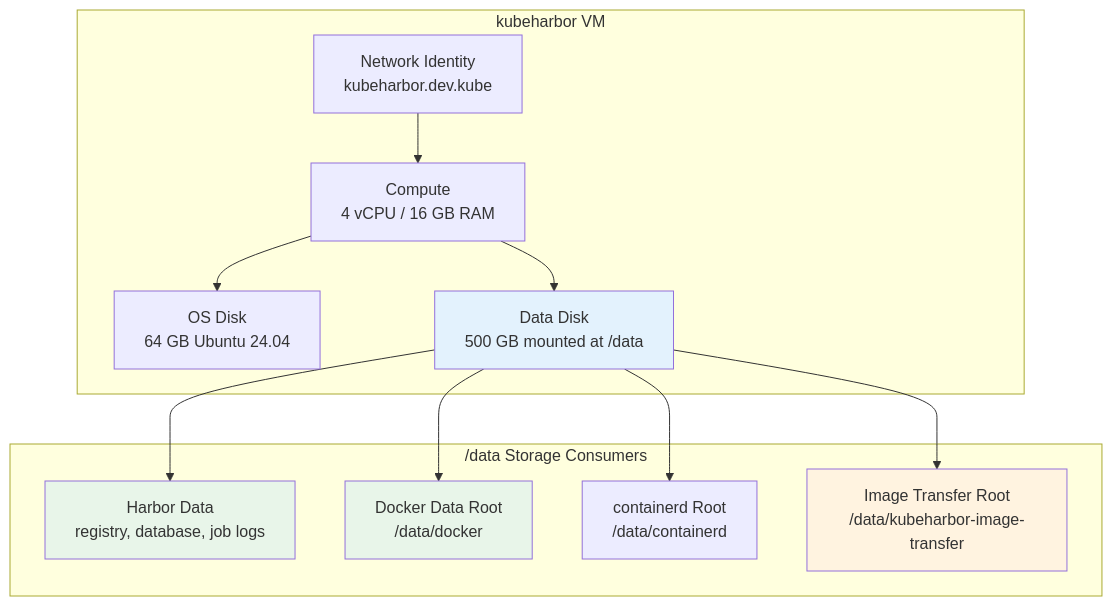
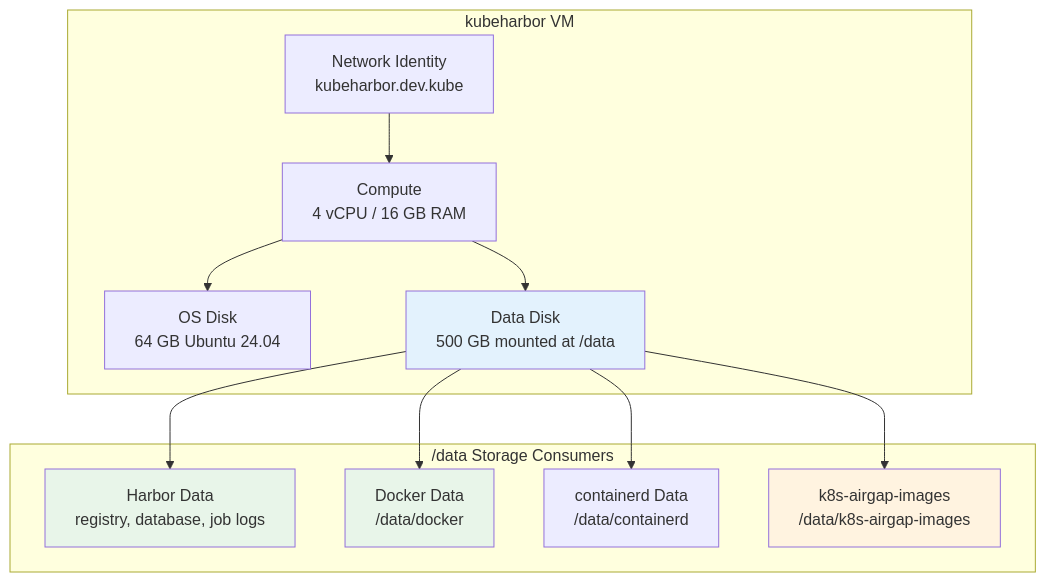
Before and after one commit to cantrellr/kubeharbor: the diagram in diagrams/mermaid-source/system-design-document-diagram-02.mmd, drawn with Mermaid.

Commit message:
Update storage diagram source for k8s-airgap-images

```diff
--- a/diagrams/mermaid-source/system-design-document-diagram-02.mmd
+++ b/diagrams/mermaid-source/system-design-document-diagram-02.mmd
@@ -1,27 +1,27 @@
 flowchart TB
     subgraph cluster_1_VM["kubeharbor VM"]
         Compute["Compute<br/>4 vCPU / 16 GB RAM"]
         OS["OS Disk<br/>64 GB Ubuntu 24.04"]
         Data["Data Disk<br/>500 GB mounted at /data"]
         Network["Network Identity<br/>kubeharbor.dev.kube"]
     end
 
     subgraph cluster_2_DataPaths["/data Storage Consumers"]
         HarborData["Harbor Data<br/>registry, database, job logs"]
-        DockerData["Docker Data Root<br/>/data/docker"]
-        ContainerdData["containerd Root<br/>/data/containerd"]
-        TransferData["Image Transfer Root<br/>/data/kubeharbor-image-transfer"]
+        DockerData["Docker Data<br/>/data/docker"]
+        ContainerdData["containerd Data<br/>/data/containerd"]
+        TransferData["k8s-airgap-images<br/>/data/k8s-airgap-images"]
     end
 
     Compute --> OS
     Compute --> Data
     Network --> Compute
     Data --> HarborData
     Data --> DockerData
     Data --> ContainerdData
     Data --> TransferData
 
     style Data fill:#e3f2fd
     style HarborData fill:#e8f5e9
     style DockerData fill:#e8f5e9
     style TransferData fill:#fff3e0
```
